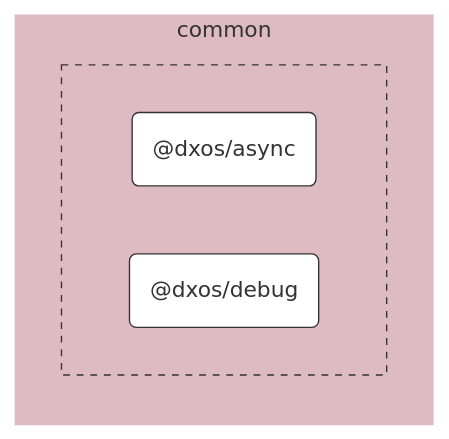
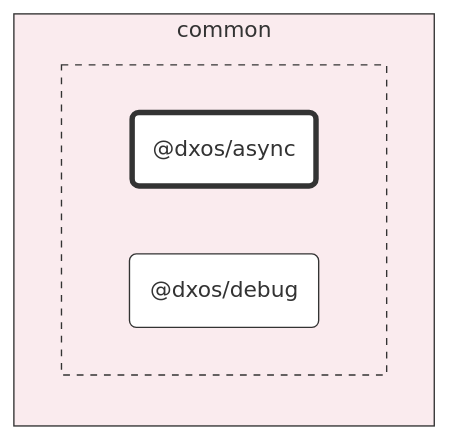
One commit to dxos/dxos changed the diagram in packages/common/async/docs/README.md. Above: the diagram before and after it, drawn with Mermaid. The commit also changed 93 other files, not shown here.

First line of the commit message:
chore: hierarchical graphs. (#1583)

````diff
--- a/packages/common/async/docs/README.md
+++ b/packages/common/async/docs/README.md
@@ -7,26 +7,26 @@
 ```mermaid
 %%{ init: {'flowchart':{'curve':'basis'}} }%%
 
 flowchart LR
 
 %% Classes
 classDef def fill:#fff,stroke:#333,stroke-width:1px
 classDef root fill:#fff,stroke:#333,stroke-width:4px
 
 %% Nodes
 
 subgraph common [common]
-  style common fill:#debac2,stroke:#fff
+  style common fill:#faebee,stroke:#333
 
-  subgraph common-excluded [ ]
-    style common-excluded fill:#debac2,stroke:#333,stroke-dasharray:5 5
-    dxos/async("@dxos/async"):::def
+  subgraph _ [ ]
+    style _ fill:#faebee,stroke:#333,stroke-dasharray:5 5
+    dxos/async("@dxos/async"):::root
     click dxos/async "dxos/dxos/tree/main/packages/common/async/docs"
     dxos/debug("@dxos/debug"):::def
     click dxos/debug "dxos/dxos/tree/main/packages/common/debug/docs"
   end
 end
 
 %% Links
 linkStyle default stroke:#333,stroke-width:1px
 ```
````
